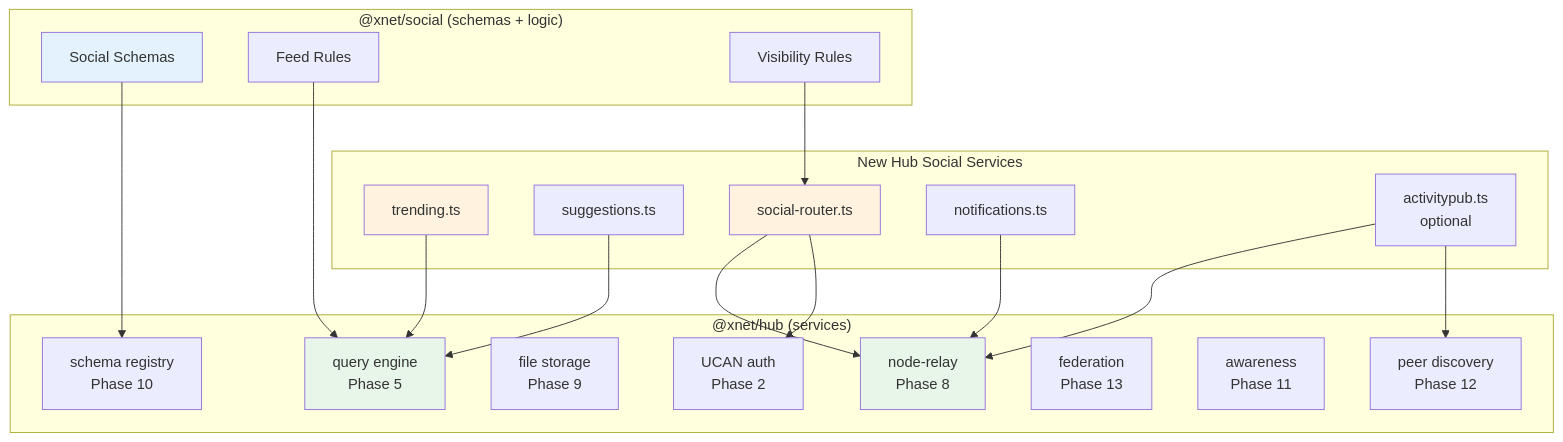
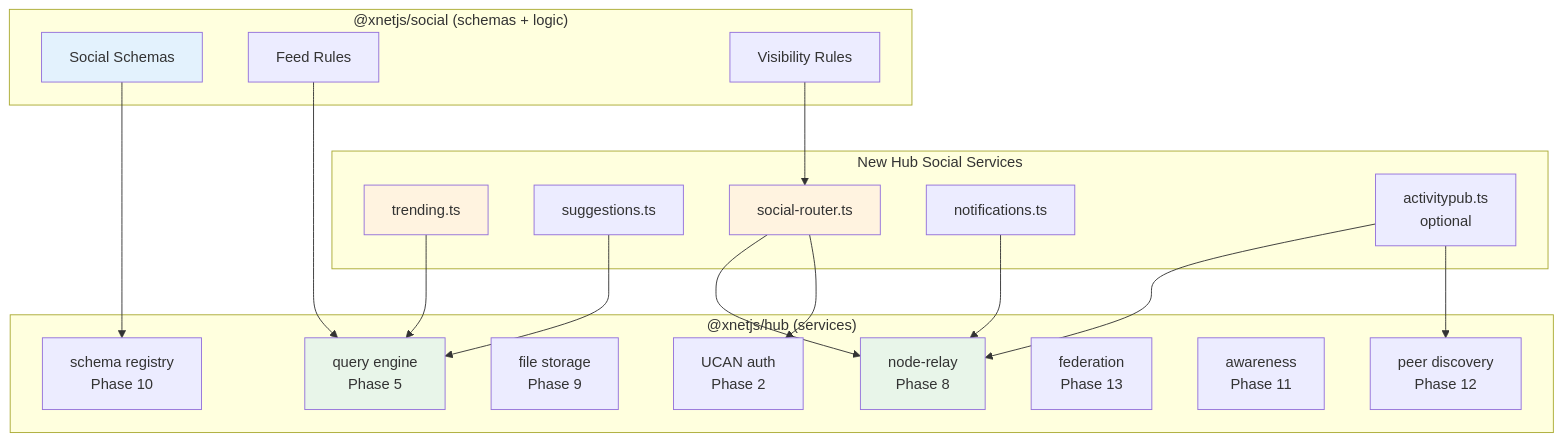
Diagram 11 of 11 in docs/explorations/0029_[_]_MASTODON_SOCIAL_NETWORKING.md (crs48/xNet), drawn with Mermaid before and after one commit. The commit also changed other lines of this file and 980 other files, not shown here.

````diff
--- a/docs/explorations/0029_[_]_MASTODON_SOCIAL_NETWORKING.md
+++ b/docs/explorations/0029_[_]_MASTODON_SOCIAL_NETWORKING.md
@@ -1273,44 +1273,44 @@
 ```mermaid
 graph TB
-    subgraph "@xnet/social (schemas + logic)"
+    subgraph "@xnetjs/social (schemas + logic)"
         S[Social Schemas]
         FR[Feed Rules]
         VR[Visibility Rules]
     end
 
-    subgraph "@xnet/hub (services)"
+    subgraph "@xnetjs/hub (services)"
         NR[node-relay<br/>Phase 8]
         QE[query engine<br/>Phase 5]
         FS[file storage<br/>Phase 9]
         PD[peer discovery<br/>Phase 12]
         SR[schema registry<br/>Phase 10]
         FD[federation<br/>Phase 13]
         AW[awareness<br/>Phase 11]
         AU[UCAN auth<br/>Phase 2]
     end
 
     subgraph "New Hub Social Services"
         TR[trending.ts]
         SG[suggestions.ts]
         SOC[social-router.ts]
         NOT[notifications.ts]
         APB[activitypub.ts<br/>optional]
     end
 
     S --> SR
     VR --> SOC
     SOC --> NR
     SOC --> AU
     FR --> QE
     TR --> QE
     SG --> QE
     NOT --> NR
     APB --> NR
     APB --> PD
 
     style S fill:#e3f2fd
     style NR fill:#e8f5e9
     style QE fill:#e8f5e9
     style TR fill:#fff3e0
     style SOC fill:#fff3e0
 ```
````
